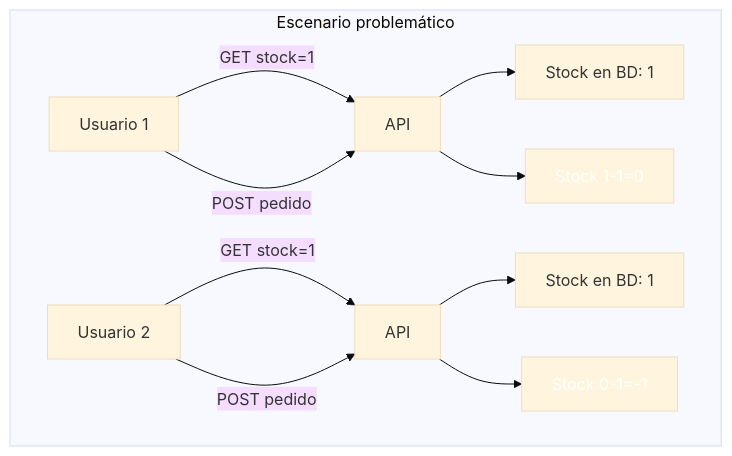
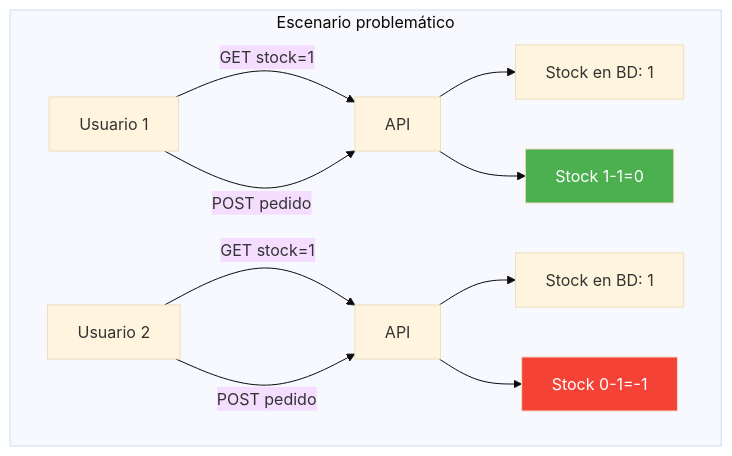
The first of 8 diagrams in 15-transacciones-identificadores.md (joseluisgs/DesarrolloWebEntornosServidor-02-2026-2027), drawn with Mermaid (base theme) before and after one commit. The commit also changed other lines of this file and 29 other files, not shown here.

Commit message:
docs: corregir estilos Mermaid y estilo, quitar referencias a la Tienda y reestructurar los retos 13 y 15

````diff
--- a/15-transacciones-identificadores.md
+++ b/15-transacciones-identificadores.md
@@ -37,15 +40,15 @@
 ```mermaid
 flowchart TD
     subgraph "Escenario problemático"
         U1["Usuario 1"] -->|GET stock=1| API1["API"]
         U2["Usuario 2"] -->|GET stock=1| API2["API"]
         API1 --> S1["Stock en BD: 1"]
         API2 --> S2["Stock en BD: 1"]
         U1 -->|POST pedido| API1
         U2 -->|POST pedido| API2
         API1 --> D1["Stock 1-1=0"]
         API2 --> D2["Stock 0-1=-1"]
     end
-    style D1 fill:#4CAF5,color:#fff0,color:#fff
-    style D2 fill:#F4433,color:#fff6,color:#fff
+    style D1 fill:#4CAF50,color:#fff
+    style D2 fill:#F44336,color:#fff
 ```
````
